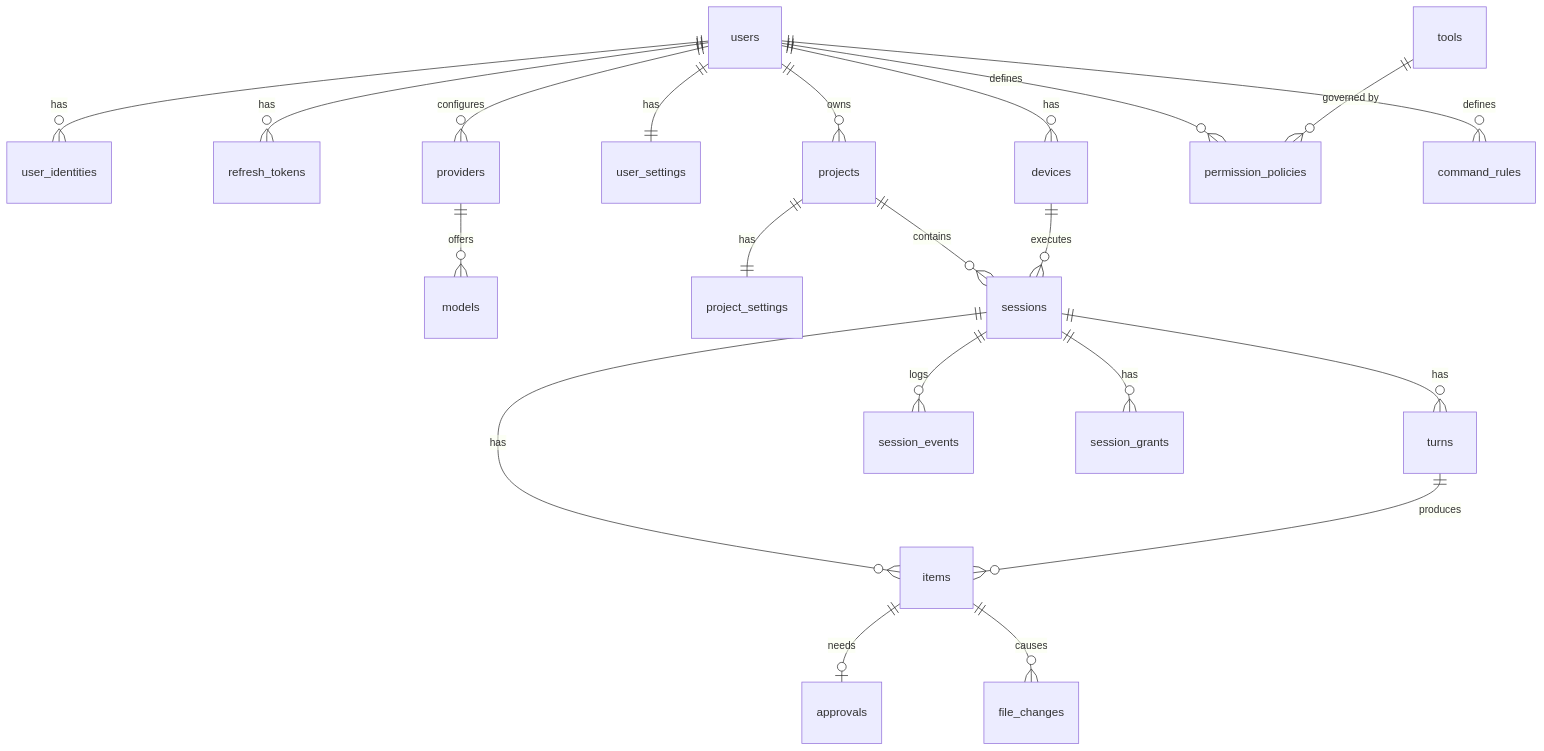
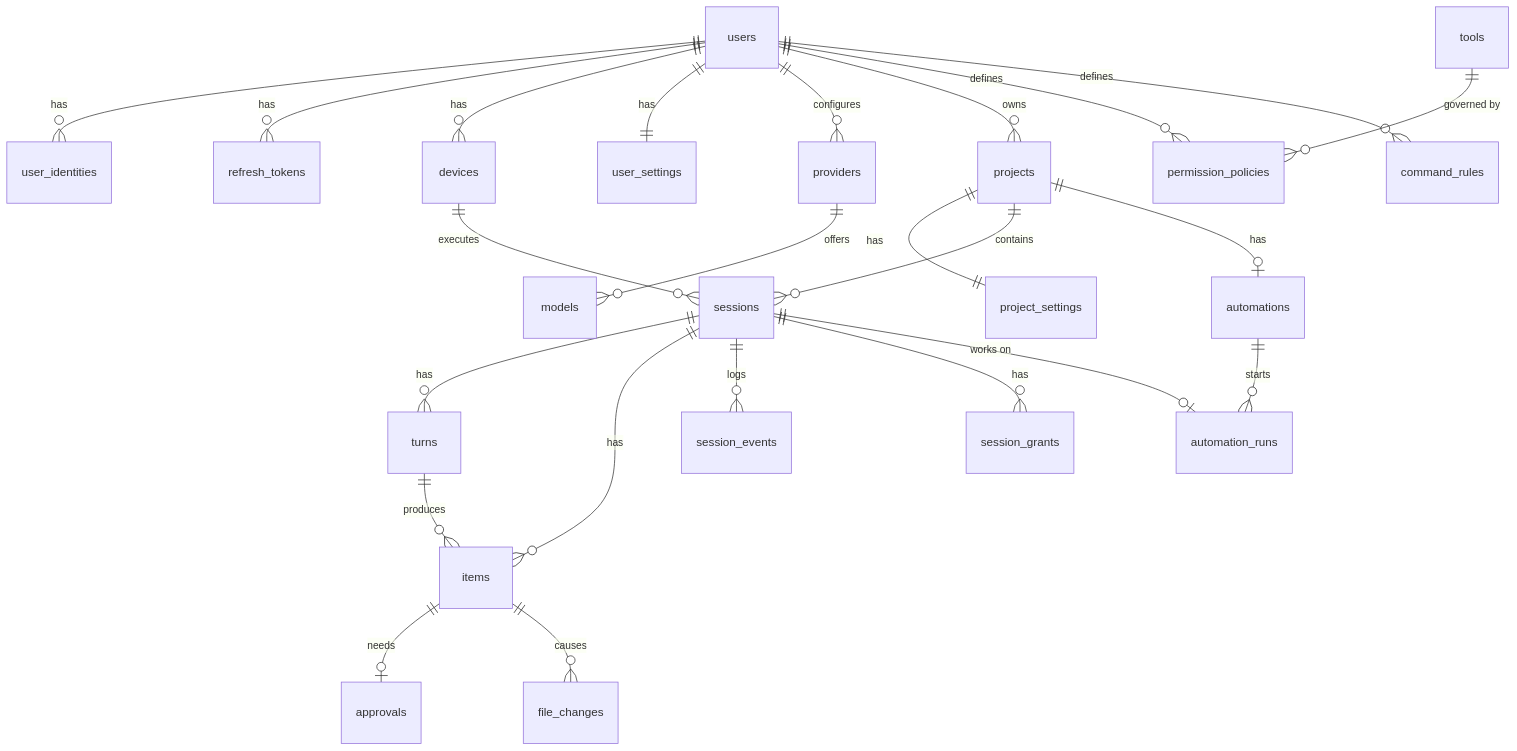
The diagram in docs/04-data-model.md (vladimirbsuir/pointer), drawn with Mermaid before and after one commit. The commit also changed other lines of this file and 8 other files, not shown here.

````diff
--- a/docs/04-data-model.md
+++ b/docs/04-data-model.md
@@ -19,23 +19,26 @@
 ```mermaid
 erDiagram
     users ||--o{ user_identities : has
     users ||--o{ refresh_tokens : has
     users ||--o{ devices : has
     users ||--|| user_settings : has
     users ||--o{ providers : configures
     providers ||--o{ models : offers
     users ||--o{ projects : owns
     projects ||--|| project_settings : has
     users ||--o{ permission_policies : defines
     users ||--o{ command_rules : defines
     tools ||--o{ permission_policies : "governed by"
     projects ||--o{ sessions : contains
     devices ||--o{ sessions : executes
     sessions ||--o{ turns : has
     sessions ||--o{ items : has
     sessions ||--o{ session_events : logs
     sessions ||--o{ session_grants : has
     turns ||--o{ items : produces
     items ||--o| approvals : needs
     items ||--o{ file_changes : causes
+    projects ||--o| automations : has
+    automations ||--o{ automation_runs : starts
+    sessions ||--o| automation_runs : "works on"
 ```
````
